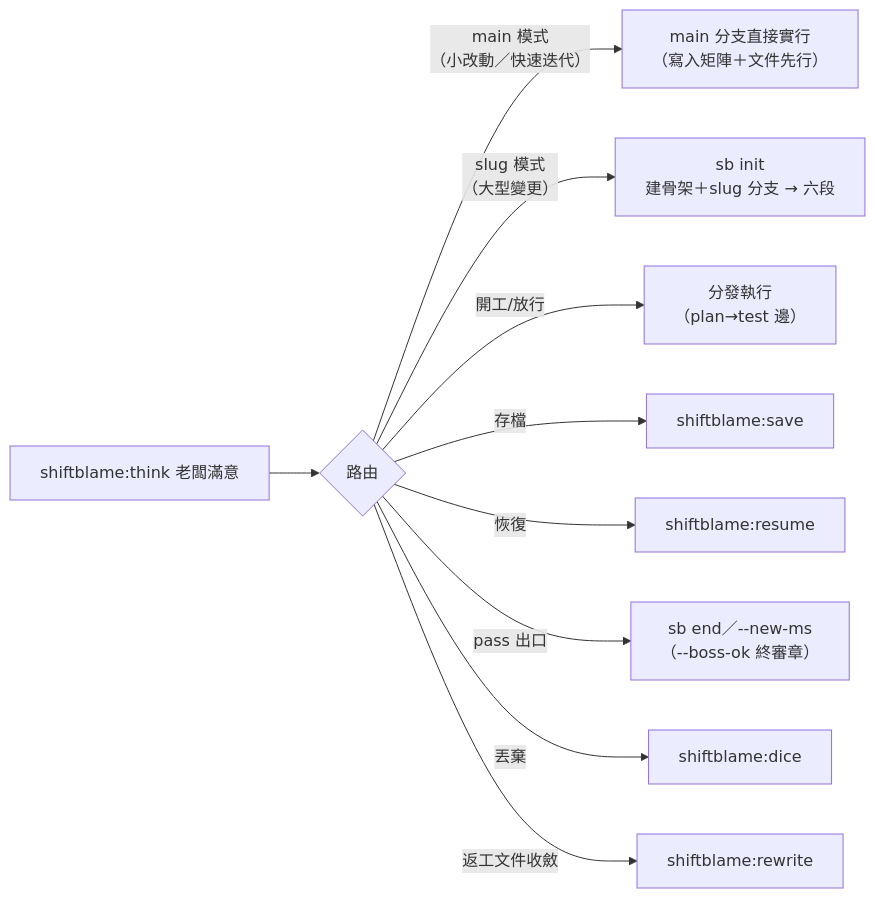
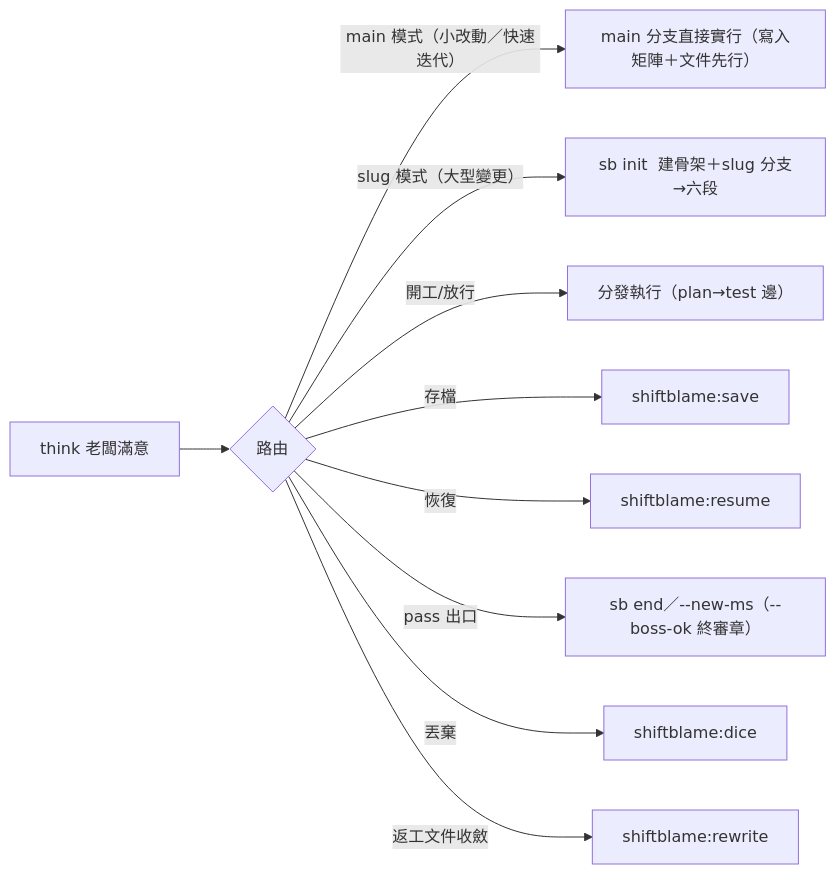
Before and after one commit to teps3105/shiftblame: the diagram in skills/think/SKILL.md, drawn with Mermaid. The commit also changed other lines of this file and 19 other files, not shown here.

````diff
--- a/skills/think/SKILL.md
+++ b/skills/think/SKILL.md
@@ -120,12 +46,12 @@
 ```mermaid
 flowchart LR
-    T["shiftblame:think 老闆滿意"] --> R{"路由"}
-    R -- "main 模式<br/>（小改動／快速迭代）" --> D7["main 分支直接實行<br/>（寫入矩陣＋文件先行）"]
-    R -- "slug 模式<br/>（大型變更）" --> S["sb init <slug><br/>建骨架＋slug 分支 → 六段"]
-    R -- 開工/放行 --> D1["分發執行<br/>（plan→test 邊）"]
+    T["think 老闆滿意"] --> R{"路由"}
+    R -- "main 模式（小改動／快速迭代）" --> D7["main 分支直接實行（寫入矩陣＋文件先行）"]
+    R -- "slug 模式（大型變更）" --> S["sb init <slug> 建骨架＋slug 分支→六段"]
+    R -- 開工/放行 --> D1["分發執行（plan→test 邊）"]
     R -- 存檔 --> D2["shiftblame:save"]
     R -- 恢復 --> D3["shiftblame:resume"]
-    R -- "pass 出口" --> D4["sb end／--new-ms<br/>（--boss-ok 終審章）"]
+    R -- "pass 出口" --> D4["sb end／--new-ms（--boss-ok 終審章）"]
     R -- 丟棄 --> D5["shiftblame:dice"]
     R -- 返工文件收斂 --> D6["shiftblame:rewrite"]
 ```
````
